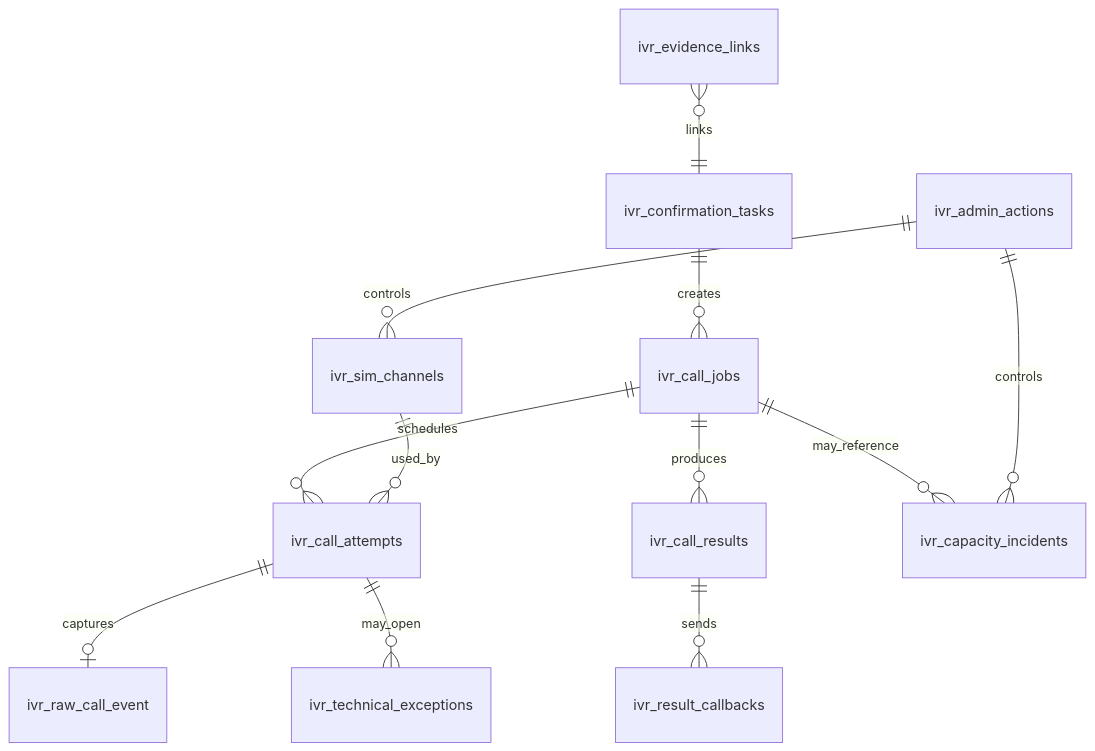
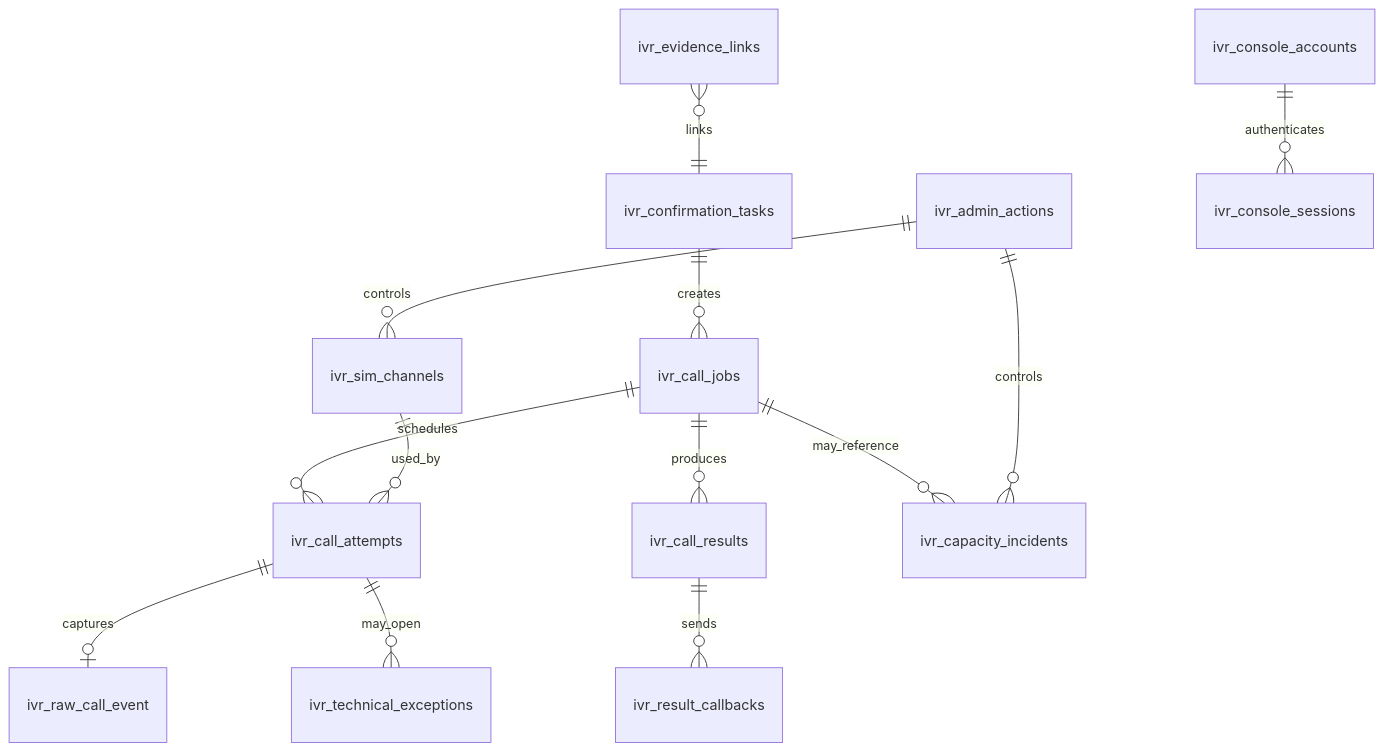
One commit to ngquoctoan2001/ginsengfood-ivr changed the diagram in specs/database/01-erd.md. Above: the diagram before and after it, drawn with Mermaid. The commit also changed other lines of this file and 30 other files, not shown here.

````diff
--- a/specs/database/01-erd.md
+++ b/specs/database/01-erd.md
@@ -5,14 +5,15 @@
 ```mermaid
 erDiagram
   ivr_confirmation_tasks ||--o{ ivr_call_jobs : creates
   ivr_call_jobs ||--o{ ivr_call_attempts : schedules
   ivr_call_attempts ||--o| ivr_raw_call_event : captures
   ivr_call_jobs ||--o{ ivr_call_results : produces
   ivr_call_results ||--o{ ivr_result_callbacks : sends
   ivr_call_attempts ||--o{ ivr_technical_exceptions : may_open
   ivr_call_jobs ||--o{ ivr_capacity_incidents : may_reference
   ivr_sim_channels ||--o{ ivr_call_attempts : used_by
   ivr_admin_actions ||--o{ ivr_capacity_incidents : controls
   ivr_admin_actions ||--o{ ivr_sim_channels : controls
   ivr_evidence_links }o--|| ivr_confirmation_tasks : links
+  ivr_console_accounts ||--o{ ivr_console_sessions : authenticates
 ```
````
